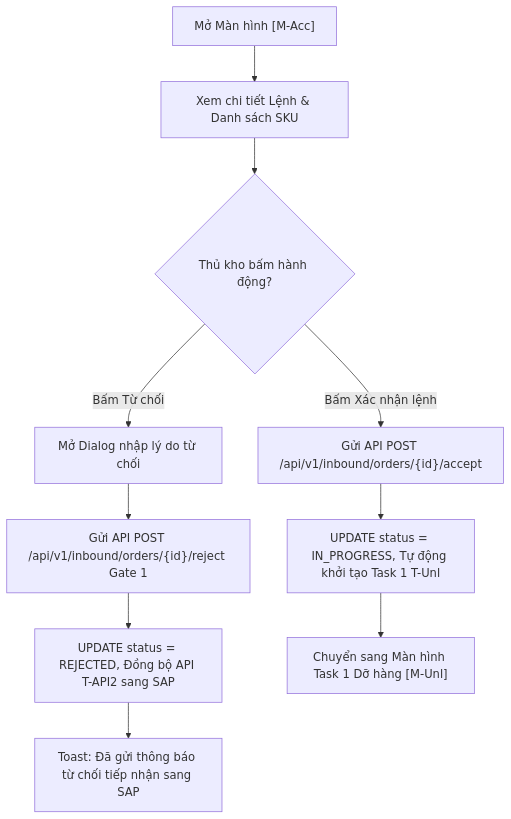
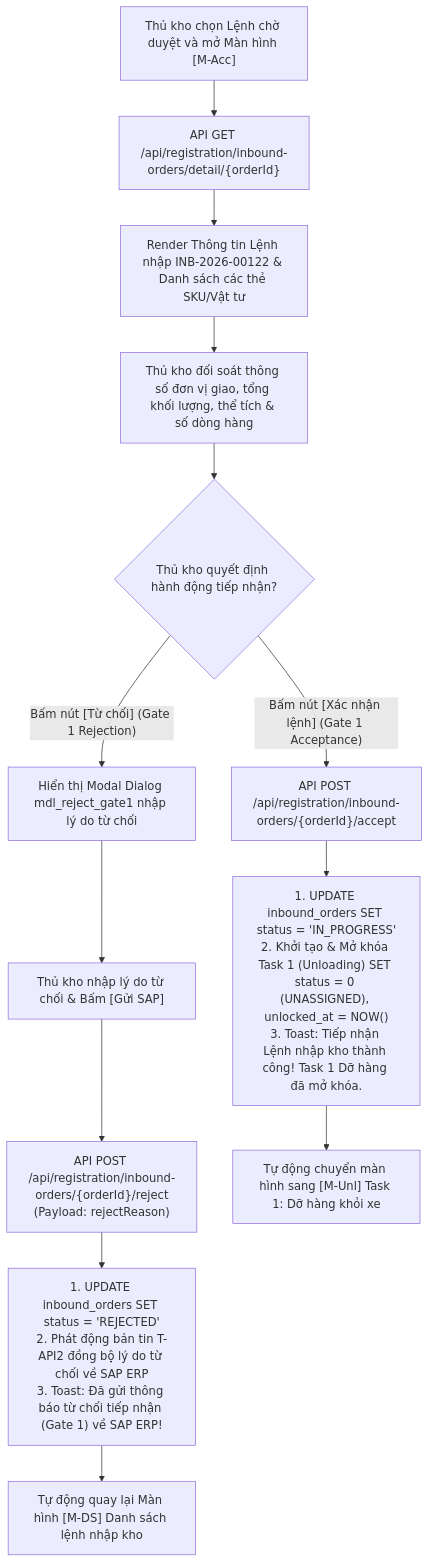
One commit to EdwardTran04/Project_Management changed the third of 11 diagrams in ba/documents/srs/new/SRS_MM.10A_QuyTrinh_Va_ManHinh_Task_NhapKho_NCC_Mobile_v1.0.0.md. Above: the diagram before and after it, drawn with Mermaid. The commit also changed other lines of this file and 38 other files, not shown here.

Commit message:
Cập nhập sprint, tài liệu có tích hợp API

````diff
--- a/ba/documents/srs/new/SRS_MM.10A_QuyTrinh_Va_ManHinh_Task_NhapKho_NCC_Mobile_v1.0.0.md
+++ b/ba/documents/srs/new/SRS_MM.10A_QuyTrinh_Va_ManHinh_Task_NhapKho_NCC_Mobile_v1.0.0.md
@@ -247,12 +303,18 @@
 ```mermaid
 flowchart TD
-    A["Mở Màn hình [M-Acc]"] --> B["Xem chi tiết Lệnh & Danh sách SKU"]
-    B --> C{"Thủ kho bấm hành động?"}
-    C -- Bấm Từ chối --> D["Mở Dialog nhập lý do từ chối"]
-    D --> E["Gửi API POST /api/v1/inbound/orders/{id}/reject Gate 1"]
-    E --> F["UPDATE status = REJECTED, Đồng bộ API T-API2 sang SAP"]
-    F --> G["Toast: Đã gửi thông báo từ chối tiếp nhận sang SAP"]
-    C -- Bấm Xác nhận lệnh --> H["Gửi API POST /api/v1/inbound/orders/{id}/accept"]
-    H --> I["UPDATE status = IN_PROGRESS, Tự động khởi tạo Task 1 T-Unl"]
-    I --> J["Chuyển sang Màn hình Task 1 Dỡ hàng [M-Unl]"]
+    A["Thủ kho chọn Lệnh chờ duyệt và mở Màn hình [M-Acc]"] --> B["API GET /api/registration/inbound-orders/detail/{orderId}"]
+    B --> C["Render Thông tin Lệnh nhập INB-2026-00122 & Danh sách các thẻ SKU/Vật tư"]
+    
+    C --> D["Thủ kho đối soát thông số đơn vị giao, tổng khối lượng, thể tích & số dòng hàng"]
+    D --> E{"Thủ kho quyết định hành động tiếp nhận?"}
+    
+    E -- Bấm nút [Từ chối] (Gate 1 Rejection) --> F1["Hiển thị Modal Dialog mdl_reject_gate1 nhập lý do từ chối"]
+    F1 --> F2["Thủ kho nhập lý do từ chối & Bấm [Gửi SAP]"]
+    F2 --> F3["API POST /api/registration/inbound-orders/{orderId}/reject<br>(Payload: rejectReason)"]
+    F3 --> F4["1. UPDATE inbound_orders SET status = 'REJECTED'<br>2. Phát động bản tin T-API2 đồng bộ lý do từ chối về SAP ERP<br>3. Toast: Đã gửi thông báo từ chối tiếp nhận (Gate 1) về SAP ERP!"]
+    F4 --> F5["Tự động quay lại Màn hình [M-DS] Danh sách lệnh nhập kho"]
+    
+    E -- Bấm nút [Xác nhận lệnh] (Gate 1 Acceptance) --> G1["API POST /api/registration/inbound-orders/{orderId}/accept"]
+    G1 --> G2["1. UPDATE inbound_orders SET status = 'IN_PROGRESS'<br>2. Khởi tạo & Mở khóa Task 1 (Unloading) SET status = 0 (UNASSIGNED), unlocked_at = NOW()<br>3. Toast: Tiếp nhận Lệnh nhập kho thành công! Task 1 Dỡ hàng đã mở khóa."]
+    G2 --> G3["Tự động chuyển màn hình sang [M-Unl] Task 1: Dỡ hàng khỏi xe"]
 ```
````
